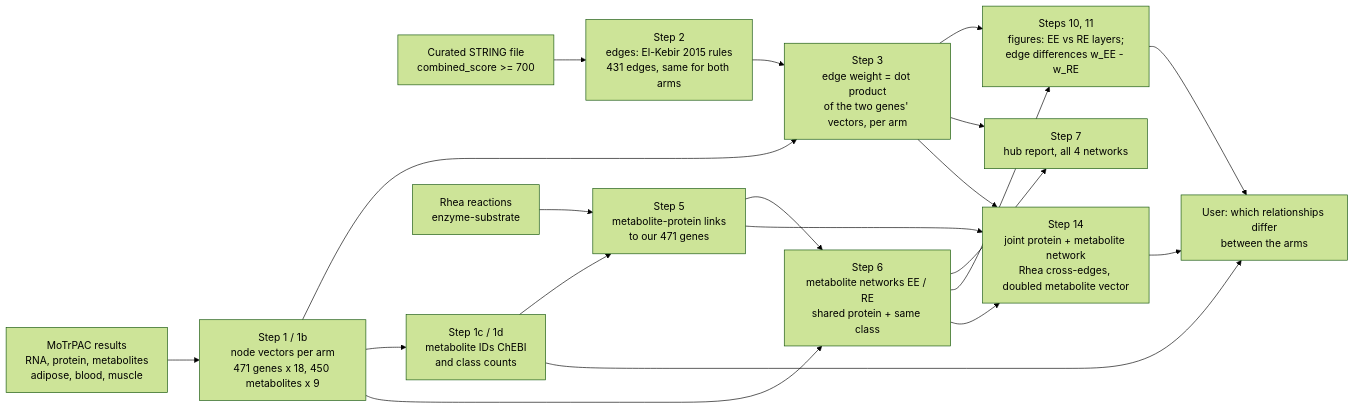
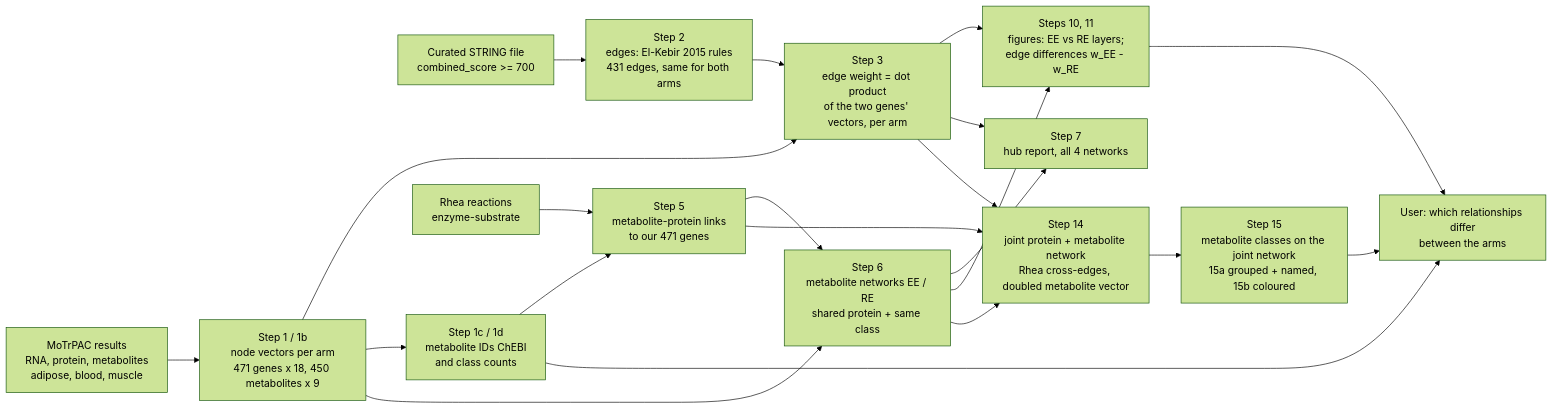
One commit to Stanford-Bioinformatics-Center/multiomics-hackathon-2026-track-1 changed the diagram in network/README.md. Above: the diagram before and after it, drawn with Mermaid (forest theme). The commit also changed other lines of this file and 3 other files, not shown here.

First line of the commit message:
Step 15: metabolite classes on the joint network (15a grouped + named, 15b coloured + side legend); T2D step renumbered to 16

````diff
--- a/network/README.md
+++ b/network/README.md
@@ -43,22 +43,23 @@
 ```mermaid
 flowchart LR
   A[MoTrPAC results<br/>RNA, protein, metabolites<br/>adipose, blood, muscle] --> B[Step 1 / 1b<br/>node vectors per arm<br/>471 genes x 18, 450 metabolites x 9]
   S[Curated STRING file<br/>combined_score >= 700] --> C[Step 2<br/>edges: El-Kebir 2015 rules<br/>431 edges, same for both arms]
   B --> D[Step 3<br/>edge weight = dot product<br/>of the two genes' vectors, per arm]
   C --> D
   B --> F[Step 1c / 1d<br/>metabolite IDs ChEBI<br/>and class counts]
   D --> P[Steps 10, 11<br/>figures: EE vs RE layers;<br/>edge differences w_EE - w_RE]
   R[Rhea reactions<br/>enzyme-substrate] --> G[Step 5<br/>metabolite-protein links<br/>to our 471 genes]
   F --> G
   G --> H[Step 6<br/>metabolite networks EE / RE<br/>shared protein + same class]
   B --> H
   D --> K[Step 7<br/>hub report, all 4 networks]
   H --> K
   H --> P
   D --> J[Step 14<br/>joint protein + metabolite network<br/>Rhea cross-edges, doubled metabolite vector]
   H --> J
   G --> J
-  J --> U
+  J --> Q[Step 15<br/>metabolite classes on the joint network<br/>15a grouped + named, 15b coloured]
+  Q --> U
   P --> U[User: which relationships differ<br/>between the arms]
   F --> U
 ```
````
